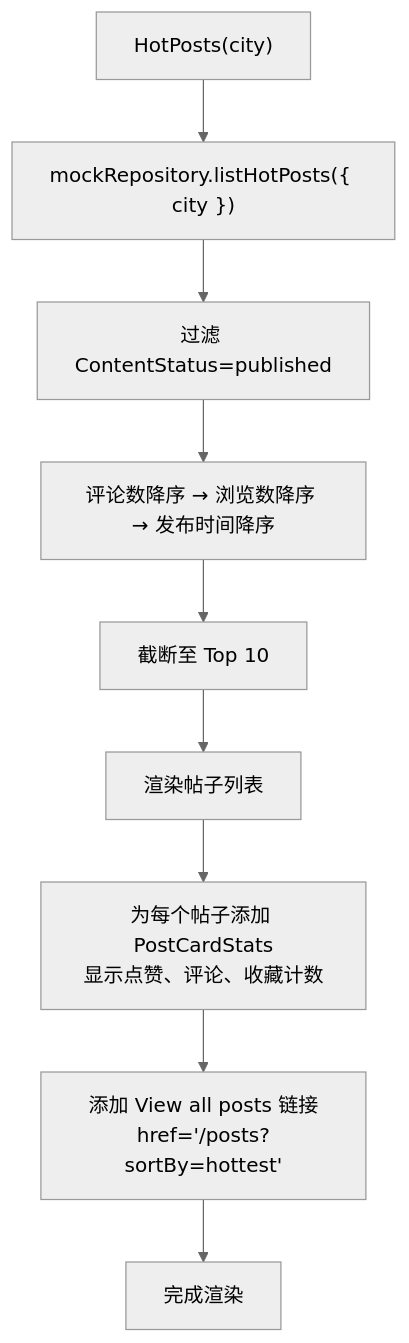
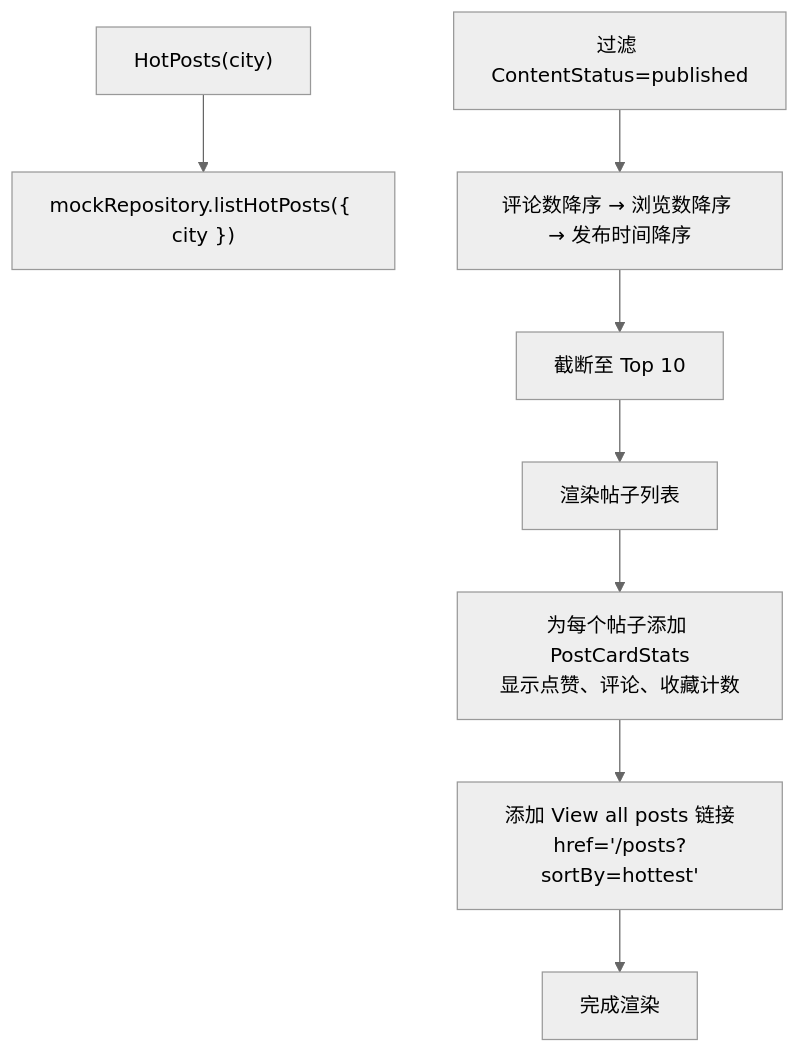
Diagram 15 of 19 in .qoder/repowiki/zh/content/规格驱动开发/WanderChain 首页规格文档/WanderChain 首页规格文档.md (luyitiger6/my-first-project), drawn with Mermaid (neutral theme) before and after one commit. The commit also changed other lines of this file and 36 other files, not shown here.

````diff
--- a/.qoder/repowiki/zh/content/规格驱动开发/WanderChain 首页规格文档/WanderChain 首页规格文档.md
+++ b/.qoder/repowiki/zh/content/规格驱动开发/WanderChain 首页规格文档/WanderChain 首页规格文档.md
@@ -547,11 +680,11 @@
 ```mermaid
 flowchart TD
 Start["HotPosts(city)"] --> Fetch["mockRepository.listHotPosts({ city })"]
-Fetch --> FilterPublished["过滤 ContentStatus=published"]
+FilterPublished["过滤 ContentStatus=published"]
 FilterPublished --> Sort["评论数降序 → 浏览数降序 → 发布时间降序"]
 Sort --> Limit["截断至 Top 10"]
 Limit --> RenderList["渲染帖子列表"]
 RenderList --> AddStats["为每个帖子添加 PostCardStats<br/>显示点赞、评论、收藏计数"]
 AddStats --> AddLink["添加 View all posts 链接<br/>href='/posts?sortBy=hottest'"]
 AddLink --> Complete["完成渲染"]
 ```
````
